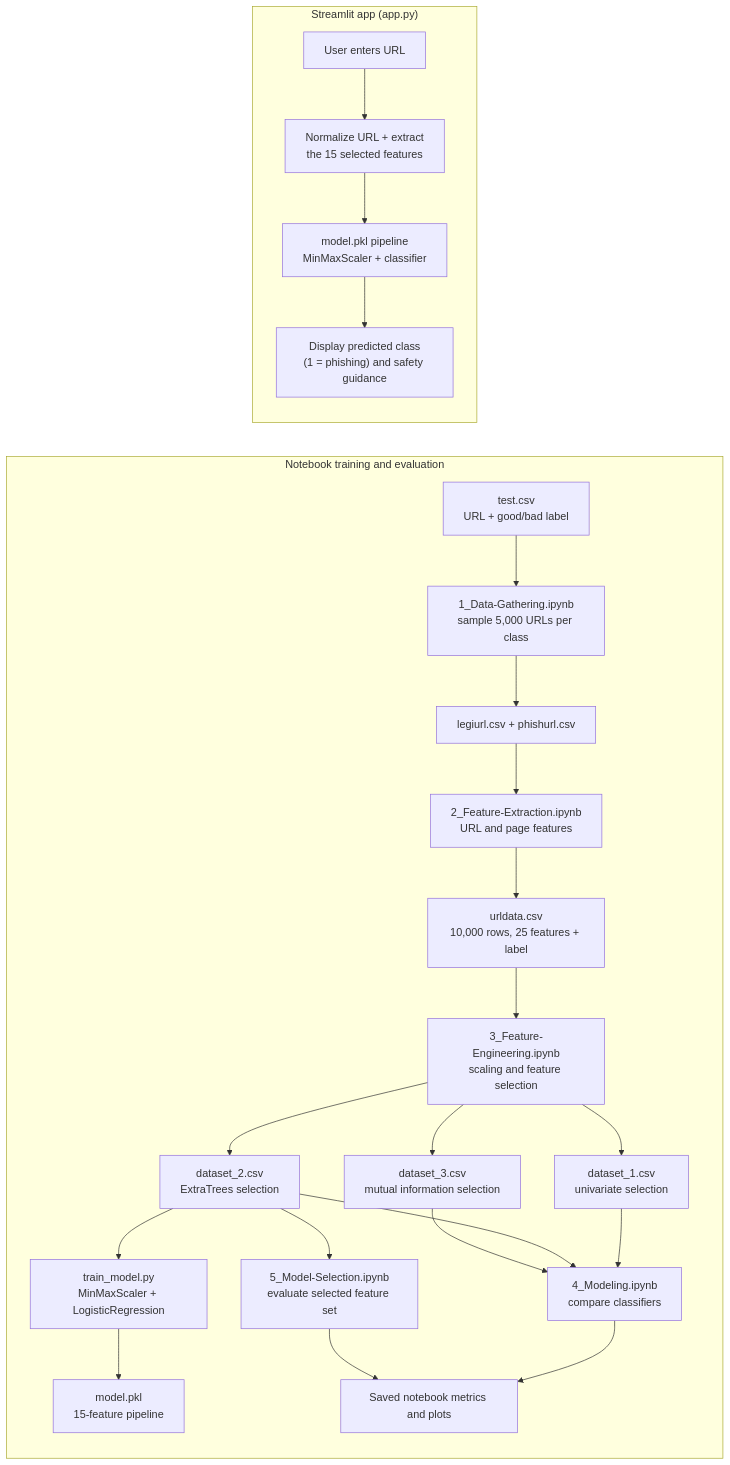
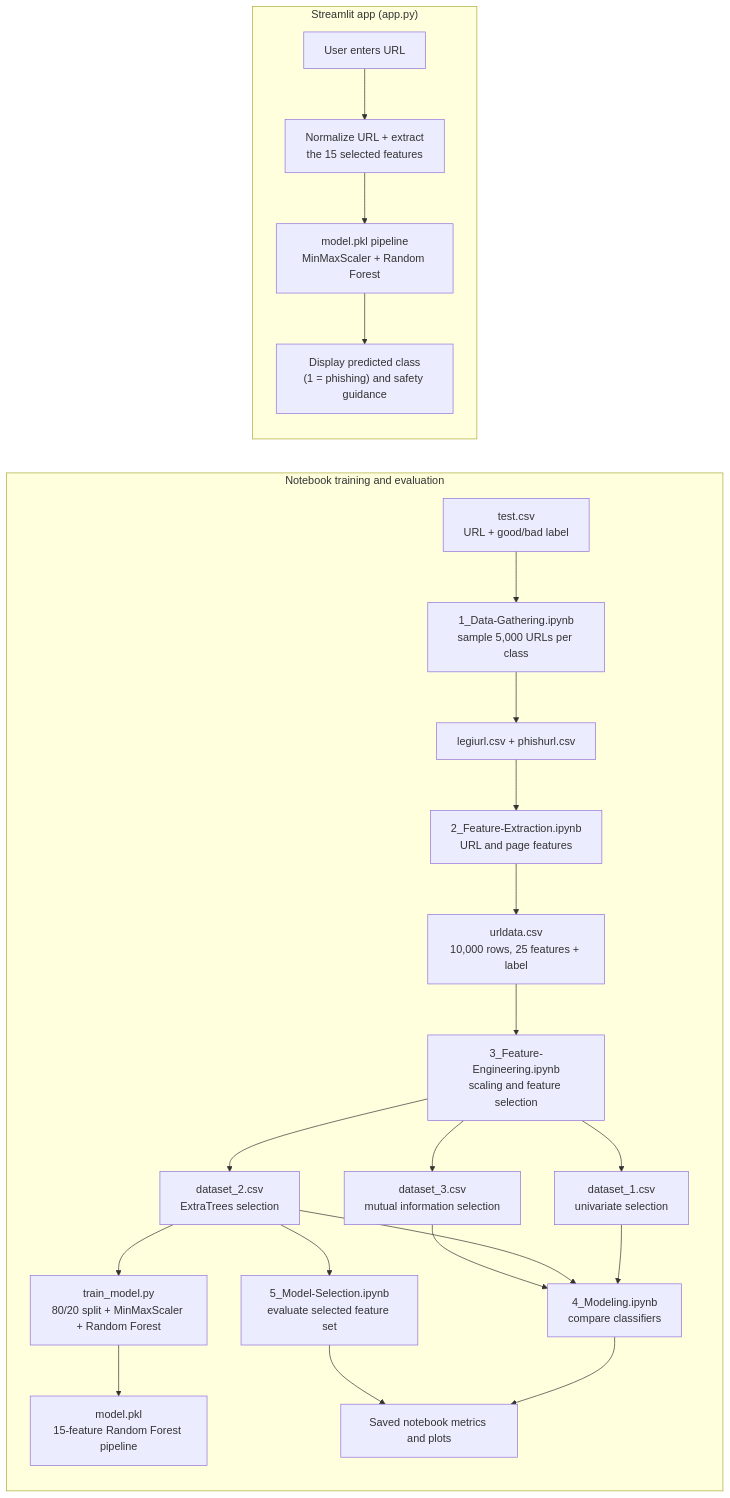
One commit to punit2911/AI-Powered-Detection-of-Malicious-Phishing-Links changed the diagram in README.md. Above: the diagram before and after it, drawn with Mermaid. The commit also changed other lines of this file and 4 other files, not shown here.

Commit message:
feat: switch demo inference to random forest

````diff
--- a/README.md
+++ b/README.md
@@ -17,27 +17,27 @@
 ```mermaid
 flowchart LR
     subgraph Training["Notebook training and evaluation"]
         A["test.csv<br/>URL + good/bad label"] --> B["1_Data-Gathering.ipynb<br/>sample 5,000 URLs per class"]
         B --> C["legiurl.csv + phishurl.csv"]
         C --> D["2_Feature-Extraction.ipynb<br/>URL and page features"]
         D --> E["urldata.csv<br/>10,000 rows, 25 features + label"]
         E --> F["3_Feature-Engineering.ipynb<br/>scaling and feature selection"]
         F --> G["dataset_1.csv<br/>univariate selection"]
         F --> H["dataset_2.csv<br/>ExtraTrees selection"]
         F --> I["dataset_3.csv<br/>mutual information selection"]
         G --> J["4_Modeling.ipynb<br/>compare classifiers"]
         H --> J
         I --> J
         H --> K["5_Model-Selection.ipynb<br/>evaluate selected feature set"]
-        H --> T["train_model.py<br/>MinMaxScaler + LogisticRegression"]
-        T --> M["model.pkl<br/>15-feature pipeline"]
+        H --> T["train_model.py<br/>80/20 split + MinMaxScaler + Random Forest"]
+        T --> M["model.pkl<br/>15-feature Random Forest pipeline"]
         J --> L["Saved notebook metrics and plots"]
         K --> L
     end
 
     subgraph Inference["Streamlit app (app.py)"]
         U["User enters URL"] --> X["Normalize URL + extract<br/>the 15 selected features"]
-        X --> P["model.pkl pipeline<br/>MinMaxScaler + classifier"]
+        X --> P["model.pkl pipeline<br/>MinMaxScaler + Random Forest"]
         P --> R["Display predicted class<br/>(1 = phishing) and safety guidance"]
     end
 ```
````
